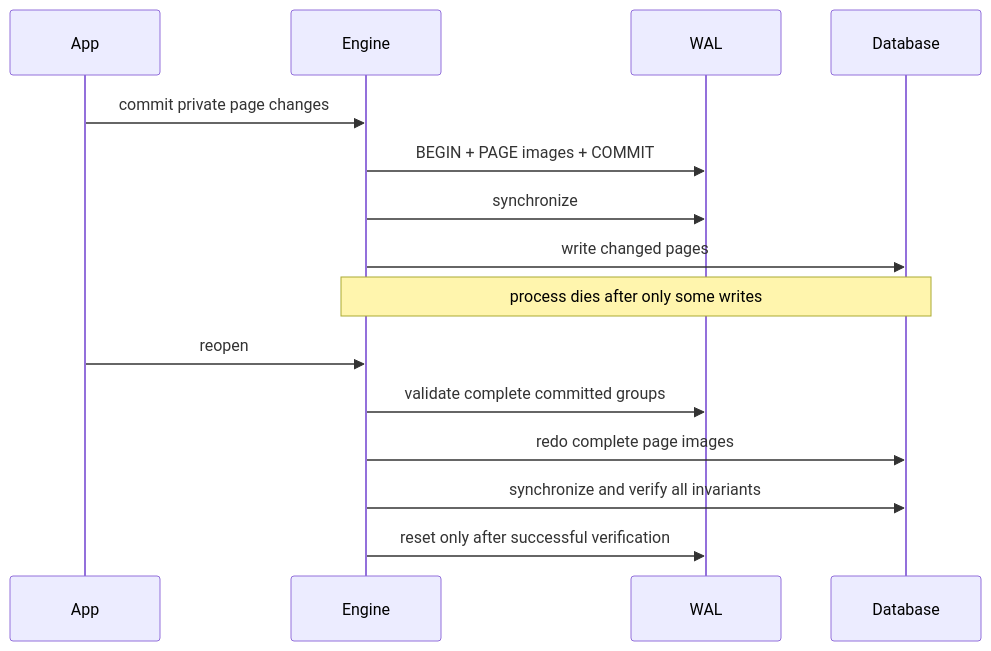
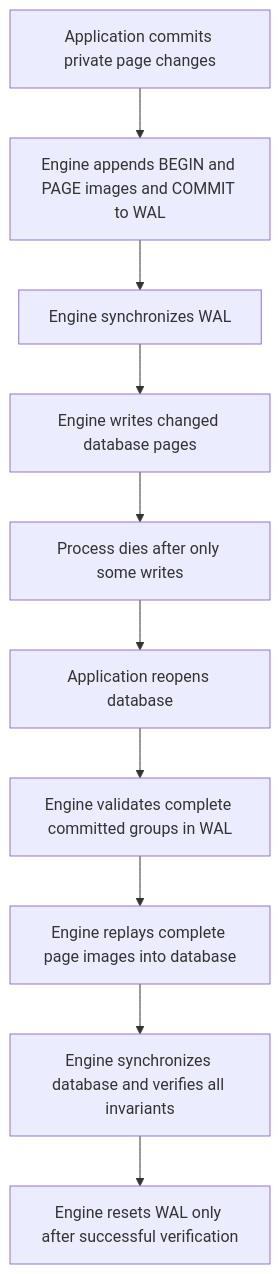
The third of 3 diagrams in README.md (JakubOdyssey/AtlasDB), drawn with Mermaid before and after one commit. The commit also changed other lines of this file and 4 other files, not shown here.

Commit message:
Simplify Mermaid diagrams for GitHub rendering

````diff
--- a/README.md
+++ b/README.md
@@ -107,17 +119,22 @@
 ```mermaid
-sequenceDiagram
-    participant App
-    participant Engine
-    participant WAL
-    participant DB as Database
-    App->>Engine: commit private page changes
-    Engine->>WAL: BEGIN + PAGE images + COMMIT
-    Engine->>WAL: synchronize
-    Engine->>DB: write changed pages
-    Note over Engine,DB: process dies after only some writes
-    App->>Engine: reopen
-    Engine->>WAL: validate complete committed groups
-    Engine->>DB: redo complete page images
-    Engine->>DB: synchronize and verify all invariants
-    Engine->>WAL: reset only after successful verification
+flowchart TD
+    A["Application commits private page changes"]
+    B["Engine appends BEGIN and PAGE images and COMMIT to WAL"]
+    C["Engine synchronizes WAL"]
+    D["Engine writes changed database pages"]
+    E["Process dies after only some writes"]
+    F["Application reopens database"]
+    G["Engine validates complete committed groups in WAL"]
+    H["Engine replays complete page images into database"]
+    I["Engine synchronizes database and verifies all invariants"]
+    J["Engine resets WAL only after successful verification"]
+    A --> B
+    B --> C
+    C --> D
+    D --> E
+    E --> F
+    F --> G
+    G --> H
+    H --> I
+    I --> J
 ```
````
